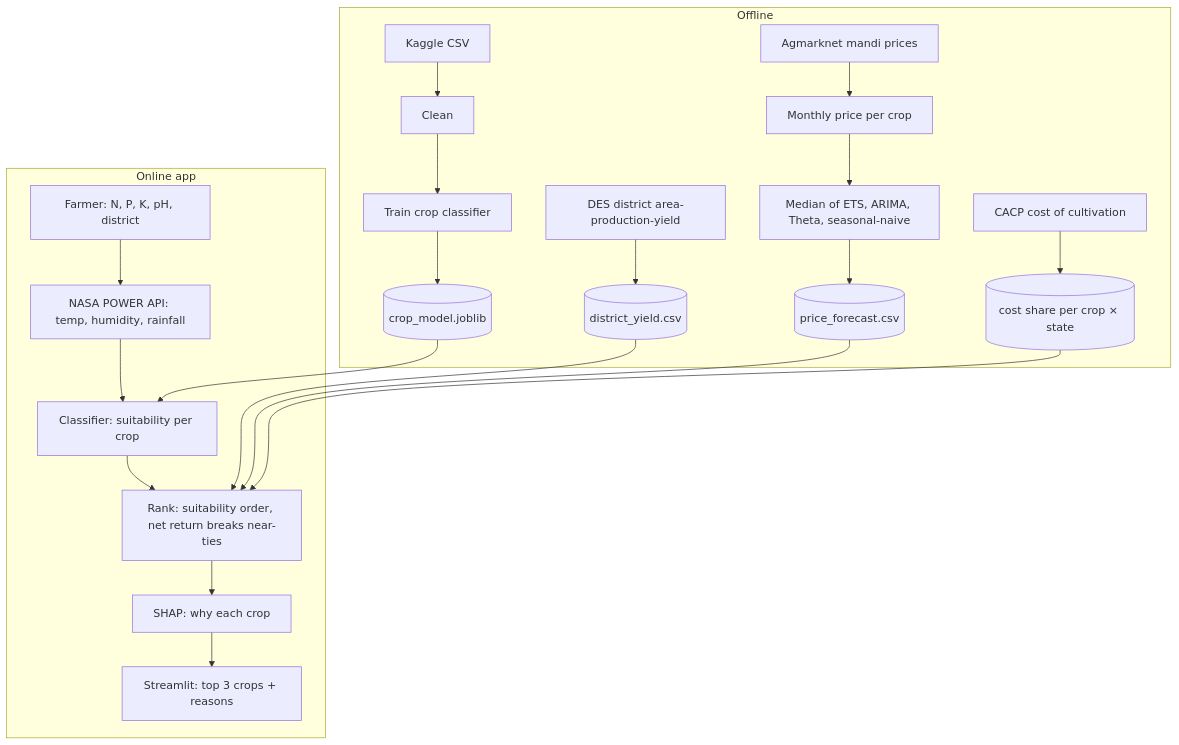
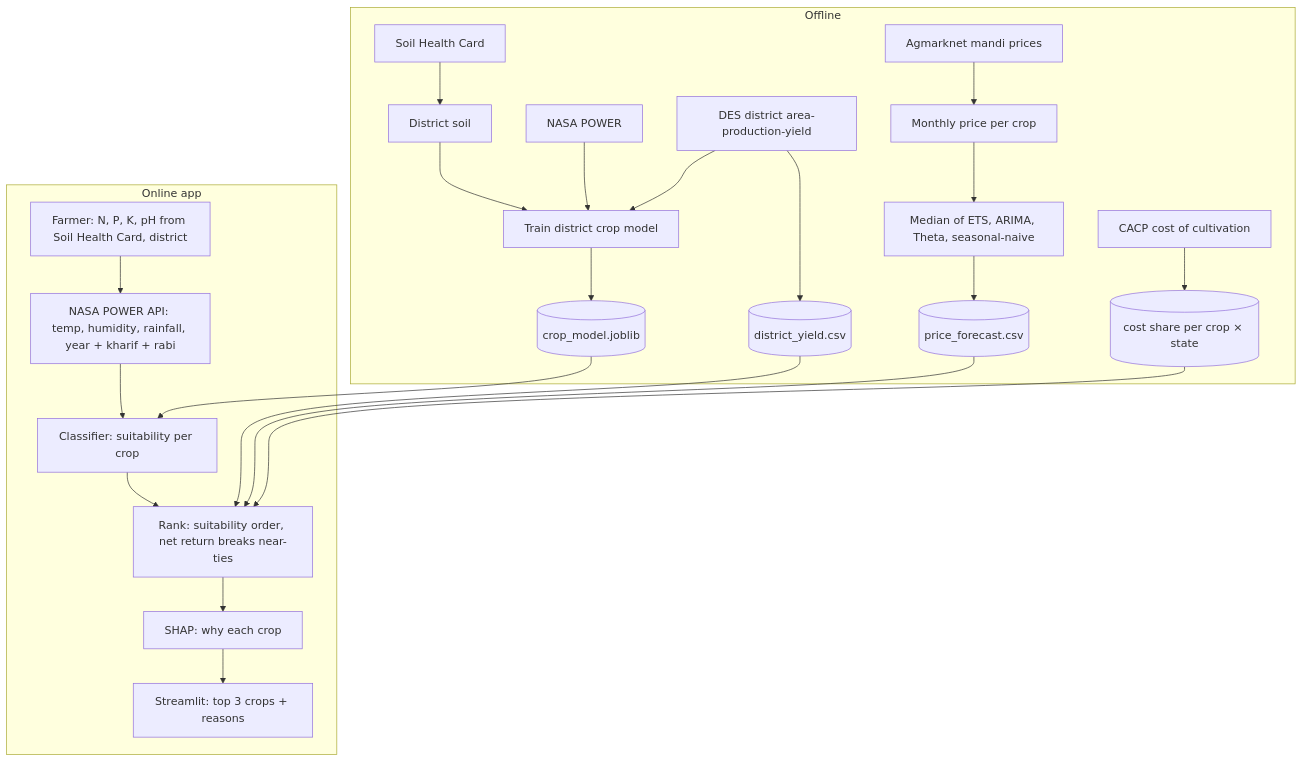
Before and after one commit to Ankush610/cropwise: the diagram in docs/architecture.md, drawn with Mermaid. The commit also changed other lines of this file and 13 other files, not shown here.

First line of the commit message:
District crop model trained on real data replaces the Kaggle model

````diff
--- a/docs/architecture.md
+++ b/docs/architecture.md
@@ -10,20 +10,23 @@
 ```mermaid
 flowchart TD
   subgraph Offline
-    K[Kaggle CSV] --> C1[Clean] --> CM[Train crop classifier] --> M1[(crop_model.joblib)]
+    SH[Soil Health Card] --> DS[District soil] --> CM[Train district crop model]
+    NP[NASA POWER] --> CM
+    I --> CM
+    CM --> M1[(crop_model.joblib)]
     P[Agmarknet mandi prices] --> C2[Monthly price per crop] --> PM[Median of ETS, ARIMA, Theta, seasonal-naive] --> F[(price_forecast.csv)]
     I[DES district area-production-yield] --> Y[(district_yield.csv)]
     CC[CACP cost of cultivation] --> CS[(cost share per crop × state)]
   end
   subgraph Online app
-    U[Farmer: N, P, K, pH, district] --> W[NASA POWER API: temp, humidity, rainfall]
+    U[Farmer: N, P, K, pH from Soil Health Card, district] --> W[NASA POWER API: temp, humidity, rainfall, year + kharif + rabi]
     W --> PR[Classifier: suitability per crop]
     M1 --> PR
     PR --> R[Rank: suitability order, net return breaks near-ties]
     Y --> R
     F --> R
     CS --> R
     R --> S[SHAP: why each crop]
     S --> OUT[Streamlit: top 3 crops + reasons]
   end
 ```
````
